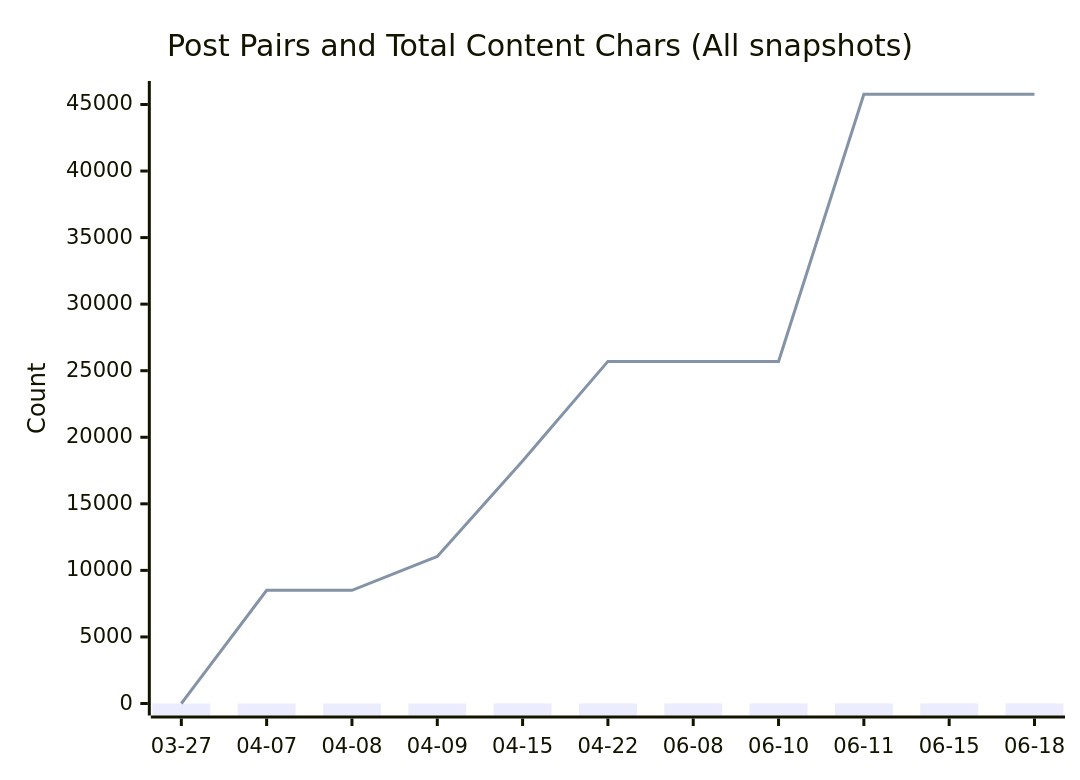
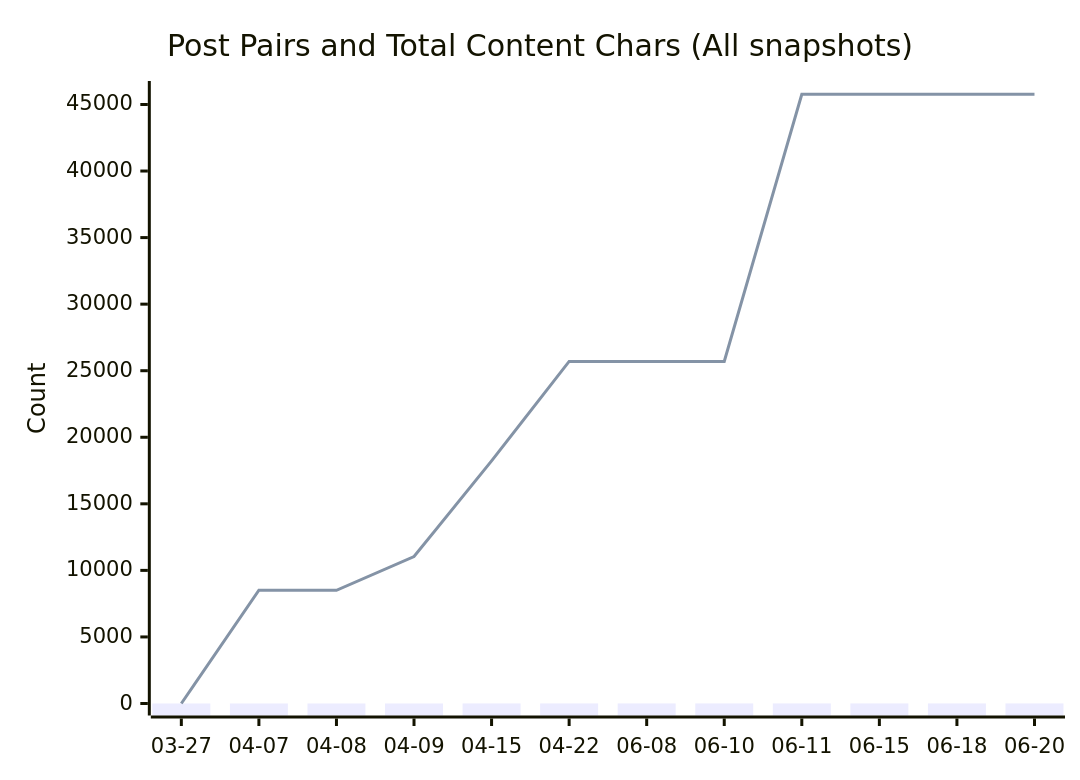
Before and after one commit to ttw225/blog: the diagram in README.md, drawn with Mermaid. The commit also changed other lines of this file and 2 other files, not shown here.

Commit message:
auto: refresh blog stats

````diff
--- a/README.md
+++ b/README.md
@@ -25,8 +25,8 @@
 ```mermaid
 xychart-beta
   title "Post Pairs and Total Content Chars (All snapshots)"
-  x-axis ["03-27", "04-07", "04-08", "04-09", "04-15", "04-22", "06-08", "06-10", "06-11", "06-15", "06-18"]
+  x-axis ["03-27", "04-07", "04-08", "04-09", "04-15", "04-22", "06-08", "06-10", "06-11", "06-15", "06-18", "06-20"]
   y-axis "Count" 0 --> 45862
-  bar [0, 2, 2, 3, 4, 5, 5, 5, 7, 7, 7]
-  line [0, 8506, 8506, 11042, 18224, 25700, 25700, 25700, 45762, 45762, 45762]
+  bar [0, 2, 2, 3, 4, 5, 5, 5, 7, 7, 7, 7]
+  line [0, 8506, 8506, 11042, 18224, 25700, 25700, 25700, 45762, 45762, 45762, 45762]
 ```
````
